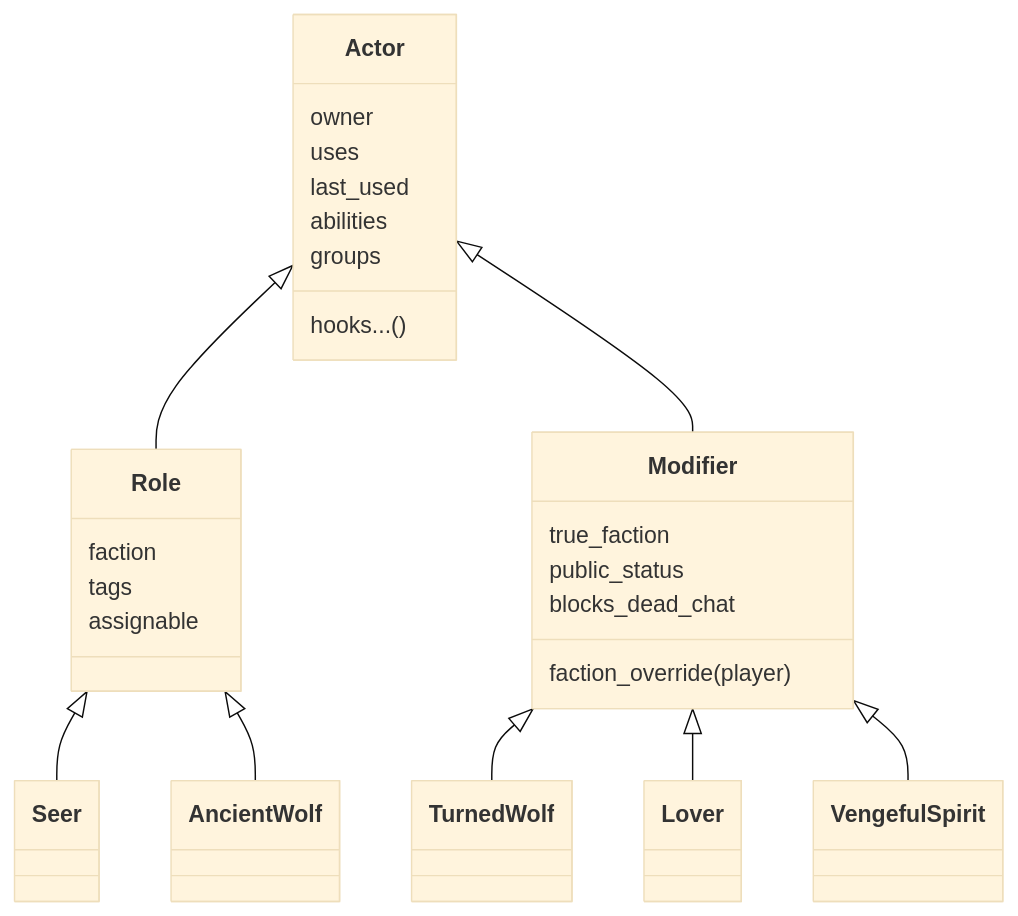
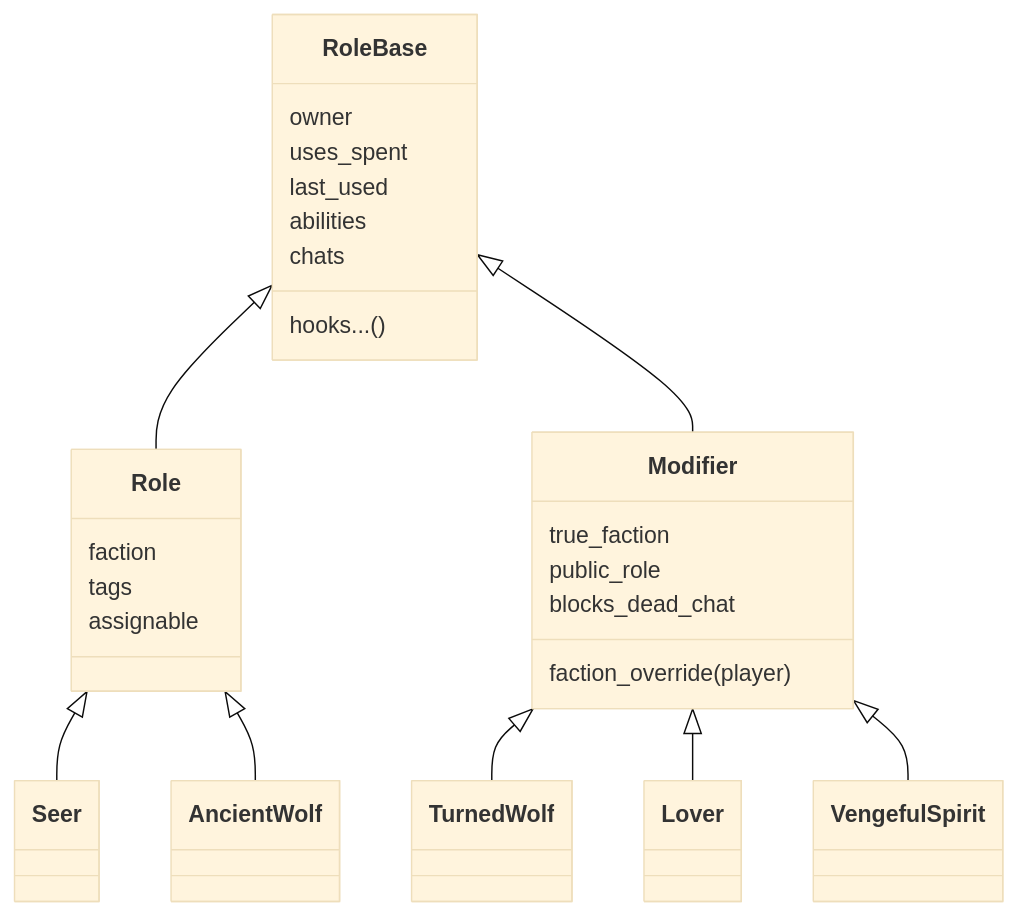
One commit to Mad-Scientist-Guild/Werewolves-bot changed the fourth of 4 diagrams in Docs/Developer guide - adding a role.md. Above: the diagram before and after it, drawn with Mermaid (base theme). The commit also changed other lines of this file and 72 other files, not shown here.

````diff
--- a/Docs/Developer guide - adding a role.md
+++ b/Docs/Developer guide - adding a role.md
@@ -318,29 +318,29 @@
 ```mermaid
 classDiagram
-    class Actor {
+    class RoleBase {
         owner
-        uses
+        uses_spent
         last_used
         abilities
-        groups
+        chats
         hooks...()
     }
     class Role {
         faction
         tags
         assignable
     }
     class Modifier {
         true_faction
-        public_status
+        public_role
         blocks_dead_chat
         faction_override(player)
     }
-    Actor <|-- Role
-    Actor <|-- Modifier
+    RoleBase <|-- Role
+    RoleBase <|-- Modifier
     Role <|-- Seer
     Role <|-- AncientWolf
     Modifier <|-- TurnedWolf
     Modifier <|-- Lover
     Modifier <|-- VengefulSpirit
 ```
````
